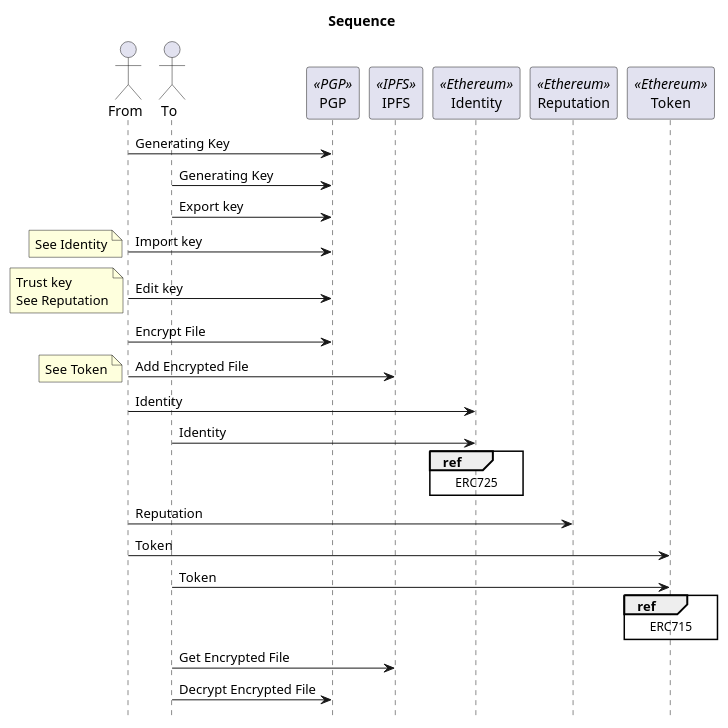
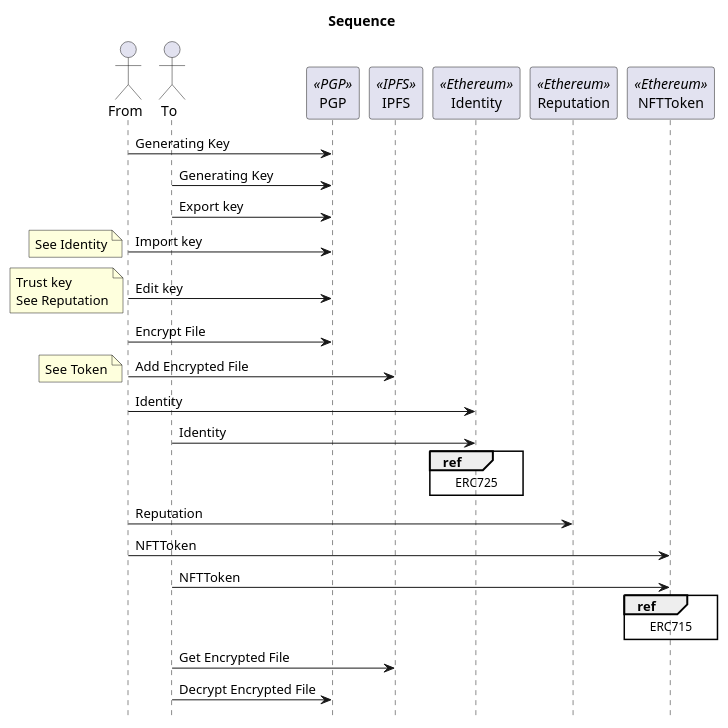
The diagram in docs/sequence.puml (0xywzx/truffle_tutorial), drawn with PlantUML before and after one commit. The commit also changed 4 other files, not shown here.

Commit message:
Rename ERC721TokenStandard -> NFTToken

```diff
--- a/docs/sequence.puml
+++ b/docs/sequence.puml
@@ -2,32 +2,32 @@
 @startuml{sequence.png}
 title Sequence
 hide footbox
 
 actor  "From" as From
 actor  "To" as To
 participant "PGP" as PGP <<PGP>>
 participant "IPFS" as IPFS <<IPFS>>
 participant "Identity" as Identity <<Ethereum>>
 participant "Reputation" as Reputation <<Ethereum>>
-participant "Token" as Token <<Ethereum>>
+participant "NFTToken" as NFTToken <<Ethereum>>
 
 From -> PGP : Generating Key
 To  -> PGP : Generating Key
 To  -> PGP : Export key
 From -> PGP : Import key
 note left : See Identity
 From -> PGP : Edit key
 note left : Trust key\nSee Reputation
 From -> PGP : Encrypt File
 From -> IPFS : Add Encrypted File
 note left : See Token
 From -> Identity : Identity
 To -> Identity : Identity
 ref over Identity : ERC725
 From -> Reputation : Reputation
-From -> Token : Token
-To -> Token : Token
-ref over Token : ERC715
+From -> NFTToken : NFTToken
+To -> NFTToken : NFTToken
+ref over NFTToken : ERC715
 To -> IPFS : Get Encrypted File
 To -> PGP : Decrypt Encrypted File
 @enduml
```
